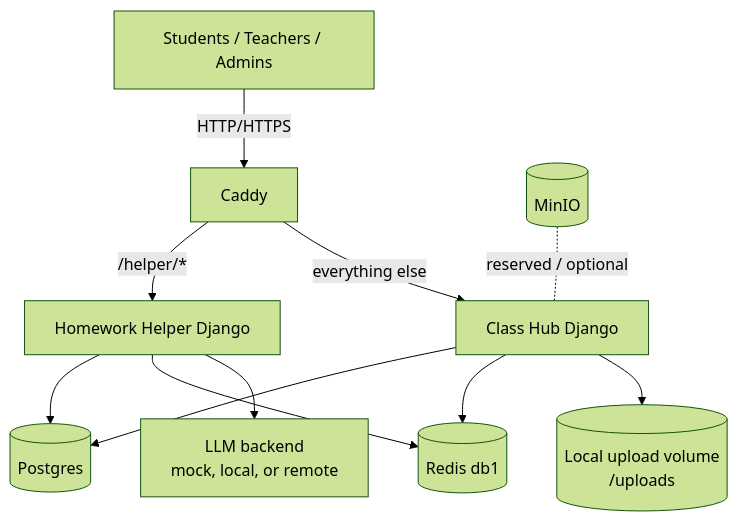
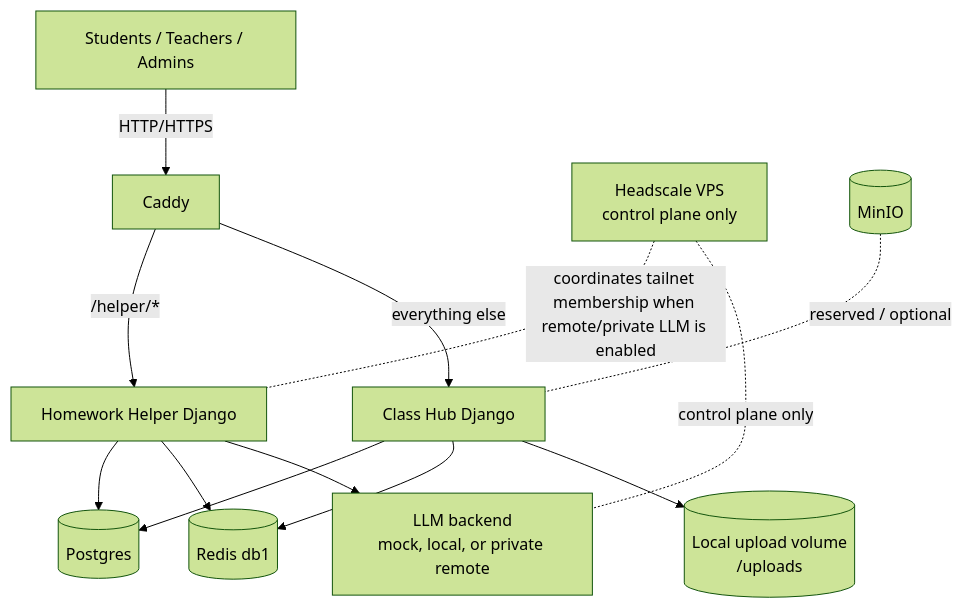
The first of 6 diagrams in docs/ARCHITECTURE.md (bseverns/classhub), drawn with Mermaid (forest theme) before and after one commit. The commit also changed other lines of this file and 51 other files, not shown here.

Commit message:
Harden private helper topology and add bounded remote compute control

````diff
--- a/docs/ARCHITECTURE.md
+++ b/docs/ARCHITECTURE.md
@@ -10,16 +10,20 @@
 ```mermaid
 flowchart TD
   U[Students / Teachers / Admins] -->|HTTP/HTTPS| C[Caddy]
   C -->|/helper/*| H[Homework Helper Django]
   C -->|everything else| W[Class Hub Django]
 
   W --> P[(Postgres)]
   H --> P
   W --> R[(Redis db0)]
   H --> R[(Redis db1)]
 
   W --> F[(Local upload volume<br/>/uploads)]
-  H --> L[LLM backend<br/>mock, local, or remote]
+  H --> L[LLM backend<br/>mock, local, or private remote]
+  HS[Headscale VPS<br/>control plane only]
+
+  HS -. coordinates tailnet membership when remote/private LLM is enabled .- H
+  HS -. control plane only .- L
 
   M[(MinIO)] -. reserved / optional .- W
 ```
````
